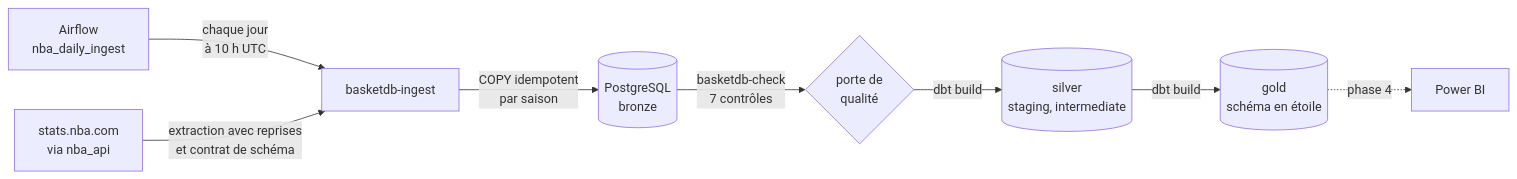
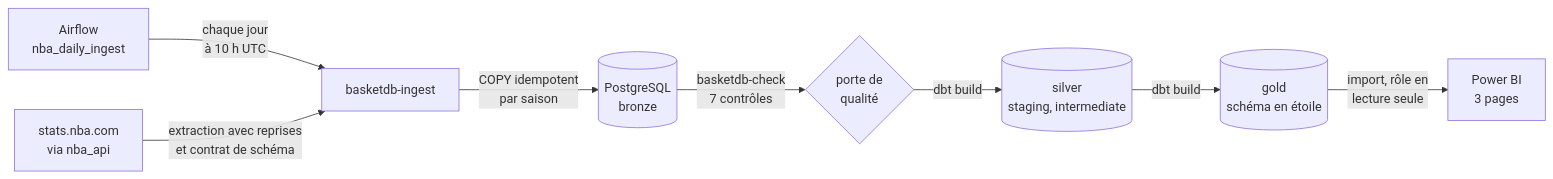
One commit to ouahidyassine/basketdb-factory changed the diagram in README.md. Above: the diagram before and after it, drawn with Mermaid. The commit also changed other lines of this file and 12 other files, not shown here.

````diff
--- a/README.md
+++ b/README.md
@@ -22,10 +41,10 @@
 ```mermaid
 flowchart LR
     G[Airflow<br/>nba_daily_ingest] -->|chaque jour<br/>à 10 h UTC| B
     A[stats.nba.com<br/>via nba_api] -->|extraction avec reprises<br/>et contrat de schéma| B[basketdb-ingest]
     B -->|COPY idempotent<br/>par saison| C[(PostgreSQL<br/>bronze)]
     C -->|basketdb-check<br/>7 contrôles| Q{porte de<br/>qualité}
     Q -->|dbt build| D[(silver<br/>staging, intermediate)]
     D -->|dbt build| E[(gold<br/>schéma en étoile)]
-    E -.->|phase 4| F[Power BI]
+    E -->|import, rôle en<br/>lecture seule| F[Power BI<br/>3 pages]
 ```
````
